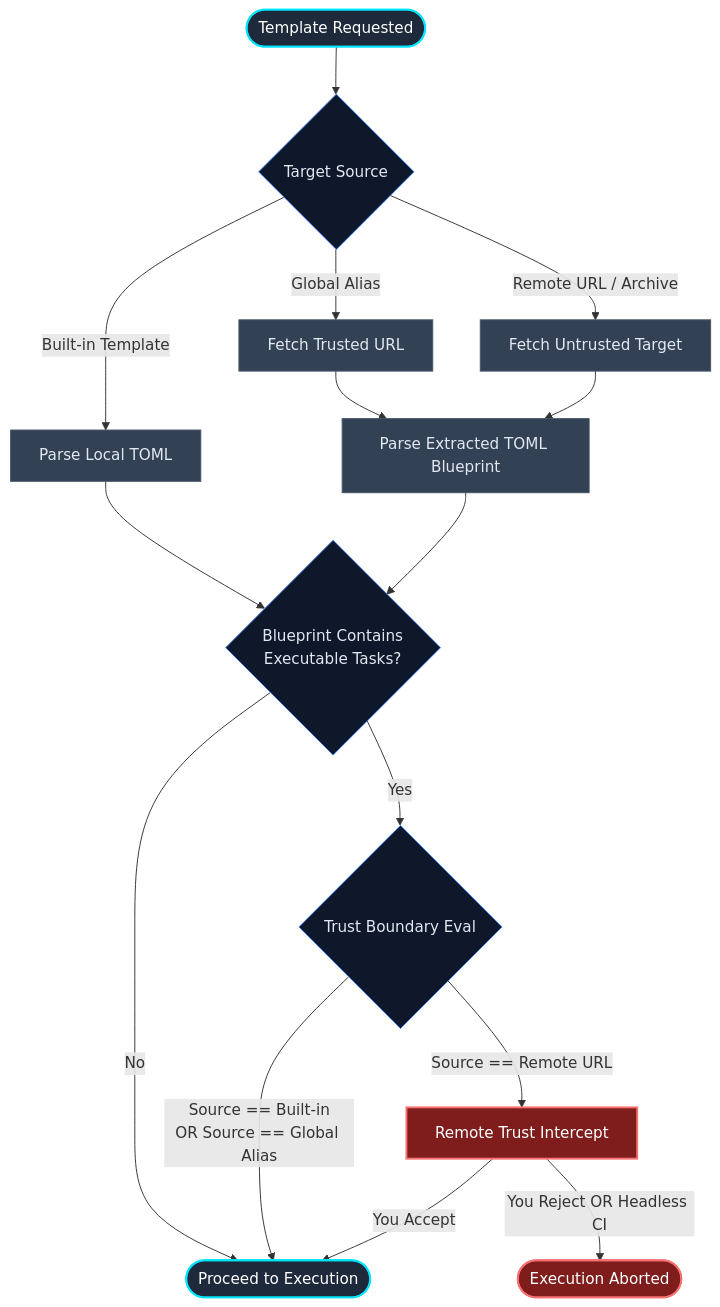
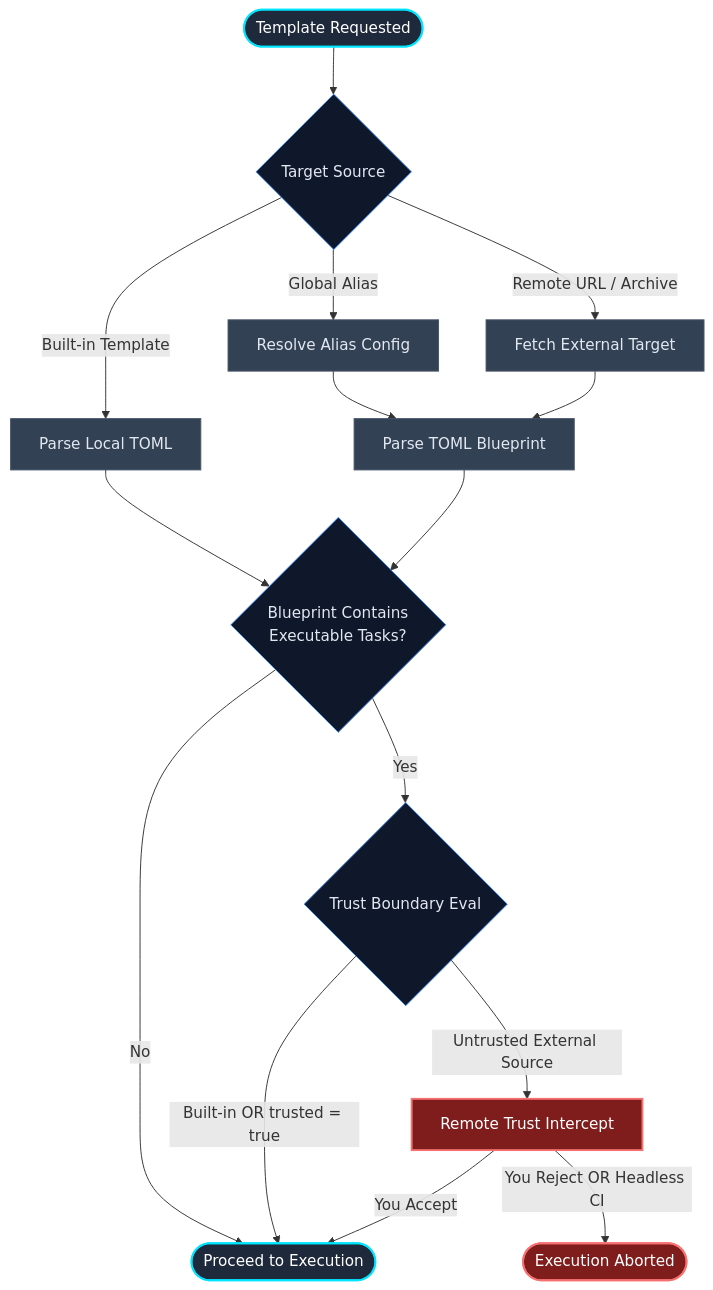
The diagram in docs/usage/templates.md (JacksonFergusonDev/protostar), drawn with Mermaid before and after one commit. The commit also changed other lines of this file and 29 other files, not shown here.

````diff
--- a/docs/usage/templates.md
+++ b/docs/usage/templates.md
@@ -153,28 +169,28 @@
 ```mermaid
 flowchart TD
     classDef terminal fill:#1e293b,stroke:#00e5ff,stroke-width:2px,color:#fff;
     classDef process fill:#334155,stroke:#475569,stroke-width:1px,color:#e2e8f0;
     classDef security fill:#7f1d1d,stroke:#f87171,stroke-width:2px,color:#fff;
     classDef decision fill:#0f172a,stroke:#3b82f6,stroke-width:1px,color:#e2e8f0;
 
     Start([Template Requested]):::terminal --> ResolveTarget{Target Source}:::decision
 
     ResolveTarget -- Built-in Template --> ParseBuiltin[Parse Local TOML]:::process
-    ResolveTarget -- Global Alias --> FetchAlias[Fetch Trusted URL]:::process
-    ResolveTarget -- Remote URL / Archive --> FetchRemote[Fetch Untrusted Target]:::process
+    ResolveTarget -- Global Alias --> FetchAlias[Resolve Alias Config]:::process
+    ResolveTarget -- Remote URL / Archive --> FetchRemote[Fetch External Target]:::process
 
-    FetchAlias --> ParseRemote[Parse Extracted TOML Blueprint]:::process
+    FetchAlias --> ParseRemote[Parse TOML Blueprint]:::process
     FetchRemote --> ParseRemote
 
     ParseBuiltin --> HasTasks
     ParseRemote --> HasTasks{Blueprint Contains\nExecutable Tasks?}:::decision
 
     HasTasks -- No --> Execute([Proceed to Execution]):::terminal
     HasTasks -- Yes --> TrustCheck{Trust Boundary Eval}:::decision
 
-    TrustCheck -- "Source == Built-in\nOR Source == Global Alias" --> Execute
-    TrustCheck -- "Source == Remote URL" --> Dialog[Remote Trust Intercept]:::security
+    TrustCheck -- "Built-in OR trusted = true" --> Execute
+    TrustCheck -- "Untrusted External Source" --> Dialog[Remote Trust Intercept]:::security
 
     Dialog -- You Accept --> Execute
     Dialog -- You Reject OR Headless CI --> Abort([Execution Aborted]):::security
 ```
````
